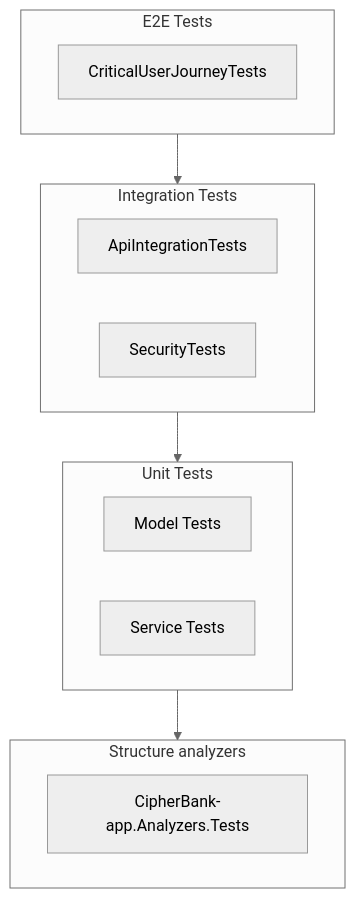
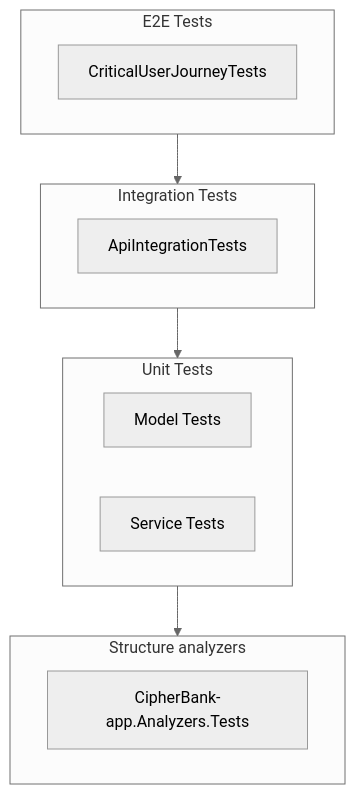
Before and after one commit to CB-st/CipherBank-App: the diagram in docs/tests/README.md, drawn with Mermaid (neutral theme). The commit also changed other lines of this file and 1 other file, not shown here.

Commit message:
[Polish] Remove SecurityTests and stale coverage claims from test docs

````diff
--- a/docs/tests/README.md
+++ b/docs/tests/README.md
@@ -9,20 +9,19 @@
 ```mermaid
 flowchart TB
     subgraph e2e [E2E Tests]
         E2E[CriticalUserJourneyTests]
     end
     subgraph integration [Integration Tests]
         API[ApiIntegrationTests]
-        SEC[SecurityTests]
     end
     subgraph unit [Unit Tests]
         Models[Model Tests]
         Services[Service Tests]
     end
     subgraph structure [Structure analyzers]
         Analyzers[CipherBank-app.Analyzers.Tests]
     end
     e2e --> integration
     integration --> unit
     unit --> structure
 ```
````
